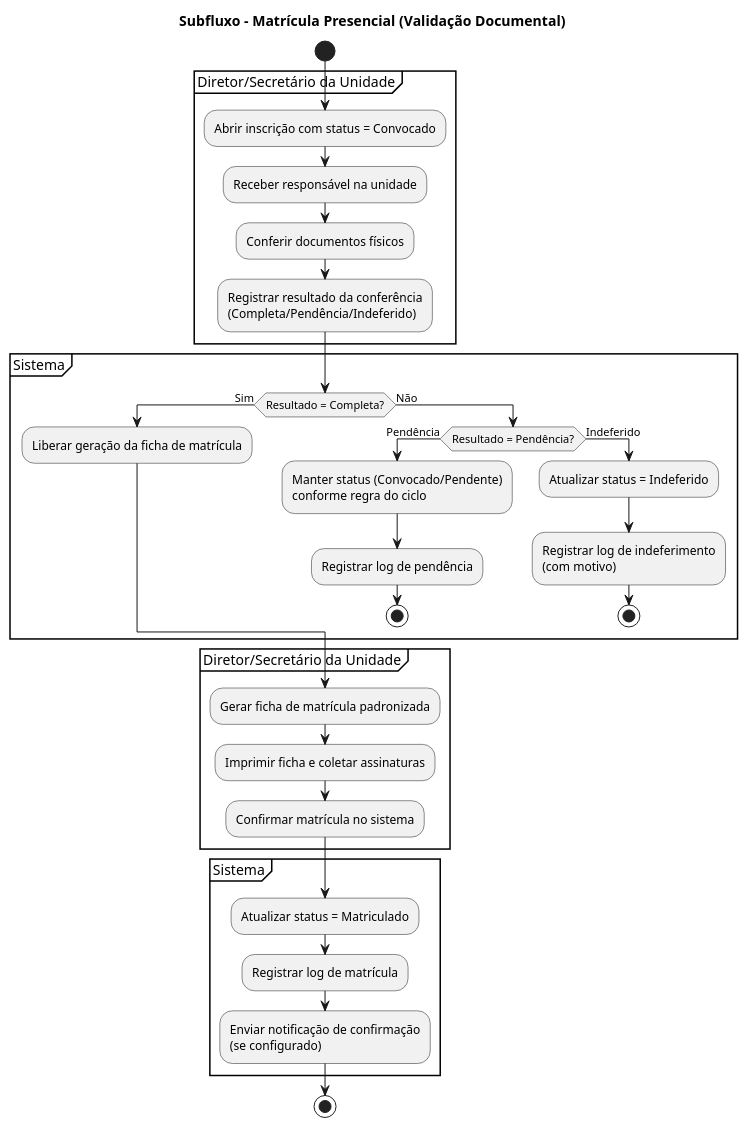
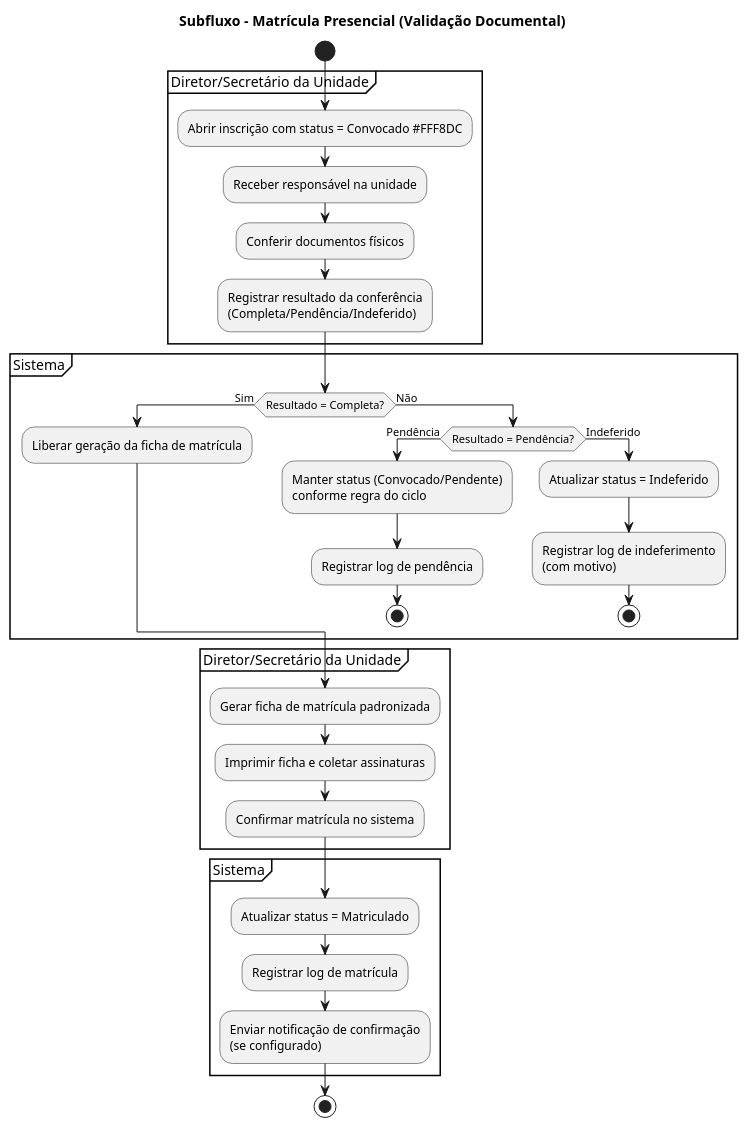
Before and after one commit to maxwelldeveloper7/vagas-creche: the diagram in docs/assets/atividade_fluxo_4.md, drawn with PlantUML. The commit also changed 2 other files, not shown here.

Commit message:
diagramas de atividade

```diff
--- a/docs/assets/atividade_fluxo_4.md
+++ b/docs/assets/atividade_fluxo_4.md
@@ -1,42 +1,42 @@
 @startuml
 title Subfluxo - Matrícula Presencial (Validação Documental)
 
 start
 
 partition "Diretor/Secretário da Unidade" {
-  :Abrir inscrição com status = Convocado;
+  :Abrir inscrição com status = Convocado #FFF8DC;
   :Receber responsável na unidade;
   :Conferir documentos físicos;
   :Registrar resultado da conferência\n(Completa/Pendência/Indeferido);
 }
 
 partition "Sistema" {
   if (Resultado = Completa?) then (Sim)
     :Liberar geração da ficha de matrícula;
   else (Não)
     if (Resultado = Pendência?) then (Pendência)
       :Manter status (Convocado/Pendente)\nconforme regra do ciclo;
       :Registrar log de pendência;
       stop
     else (Indeferido)
       :Atualizar status = Indeferido;
       :Registrar log de indeferimento\n(com motivo);
       stop
     endif
   endif
 }
 
 partition "Diretor/Secretário da Unidade" {
   :Gerar ficha de matrícula padronizada;
   :Imprimir ficha e coletar assinaturas;
   :Confirmar matrícula no sistema;
 }
 
 partition "Sistema" {
   :Atualizar status = Matriculado;
   :Registrar log de matrícula;
   :Enviar notificação de confirmação\n(se configurado);
 }
 
 stop
 @enduml
```
